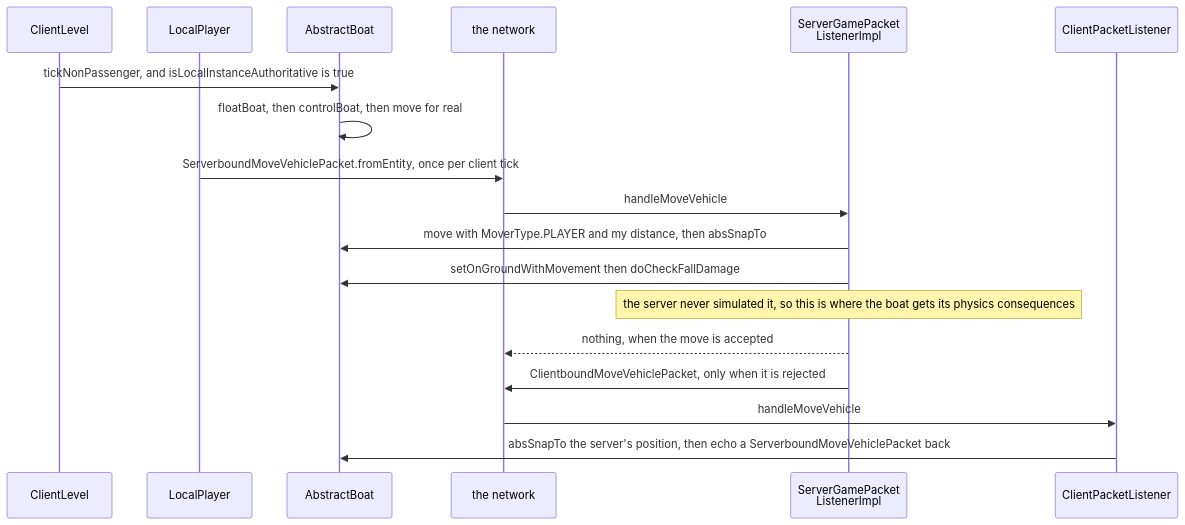
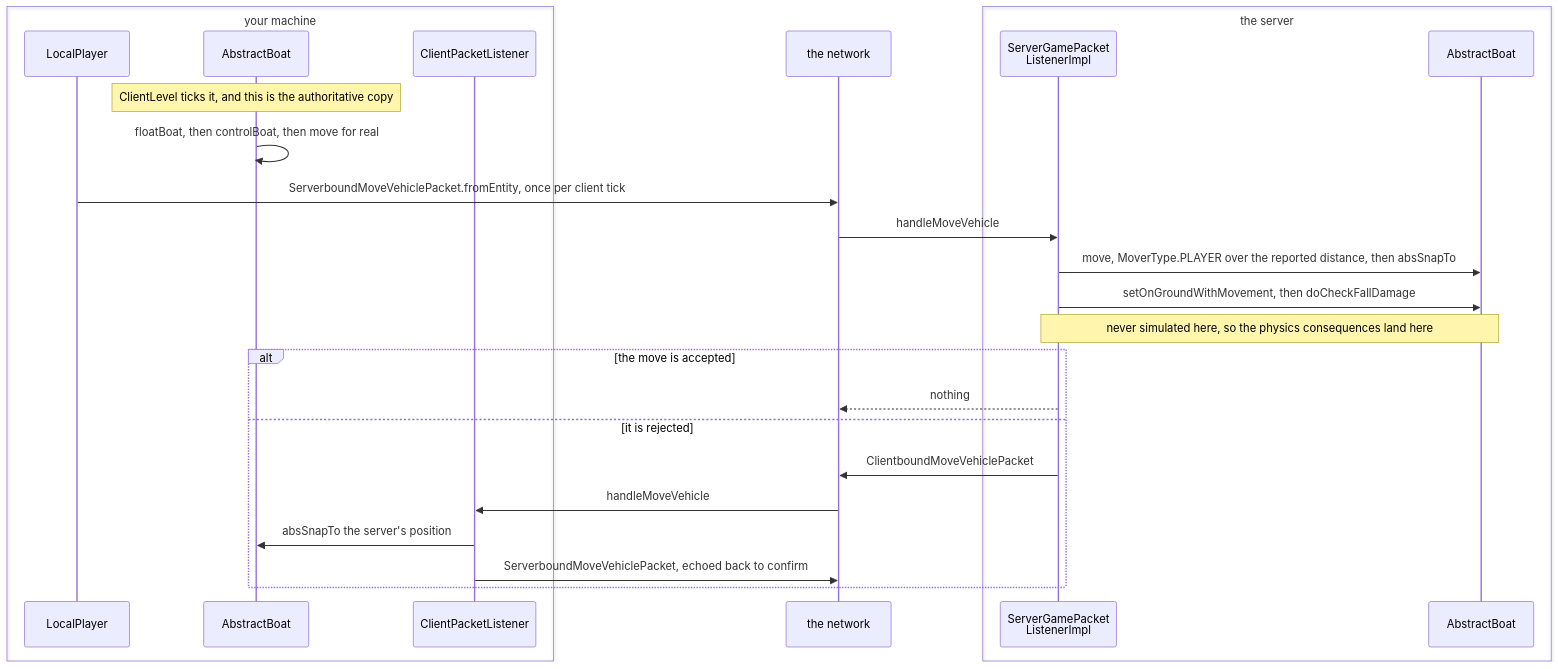
One commit to AlexanderjFraser/MinecraftDocs changed the second of 2 diagrams in src/systems/entities/authority.md. Above: the diagram before and after it, drawn with Mermaid. The commit also changed other lines of this file and 23 other files, not shown here.

````diff
--- a/src/systems/entities/authority.md
+++ b/src/systems/entities/authority.md
@@ -174,21 +190,29 @@
 ```mermaid
 sequenceDiagram
-    participant CL as ClientLevel
+    box transparent your machine
     participant LP as LocalPlayer
     participant AB as AbstractBoat
+    participant CPL as ClientPacketListener
+    end
     participant Wire as the network
+    box transparent the server
     participant SGPL as ServerGamePacket<br/>ListenerImpl
-    participant CPL as ClientPacketListener
+    participant SAB as AbstractBoat
+    end
 
-    CL->>AB: tickNonPassenger, and isLocalInstanceAuthoritative is true
+    Note over AB: ClientLevel ticks it, and this is the authoritative copy
     AB->>AB: floatBoat, then controlBoat, then move for real
     LP->>Wire: ServerboundMoveVehiclePacket.fromEntity, once per client tick
     Wire->>SGPL: handleMoveVehicle
-    SGPL->>AB: move with MoverType.PLAYER and my distance, then absSnapTo
-    SGPL->>AB: setOnGroundWithMovement then doCheckFallDamage
-    Note over SGPL: the server never simulated it, so this is where the boat gets its physics consequences
-    SGPL-->>Wire: nothing, when the move is accepted
-    SGPL->>Wire: ClientboundMoveVehiclePacket, only when it is rejected
+    SGPL->>SAB: move, MoverType.PLAYER over the reported distance, then absSnapTo
+    SGPL->>SAB: setOnGroundWithMovement, then doCheckFallDamage
+    Note over SGPL,SAB: never simulated here, so the physics consequences land here
+    alt the move is accepted
+    SGPL-->>Wire: nothing
+    else it is rejected
+    SGPL->>Wire: ClientboundMoveVehiclePacket
     Wire->>CPL: handleMoveVehicle
-    CPL->>AB: absSnapTo the server's position, then echo a ServerboundMoveVehiclePacket back
+    CPL->>AB: absSnapTo the server's position
+    CPL->>Wire: ServerboundMoveVehiclePacket, echoed back to confirm
+    end
 ```
````
